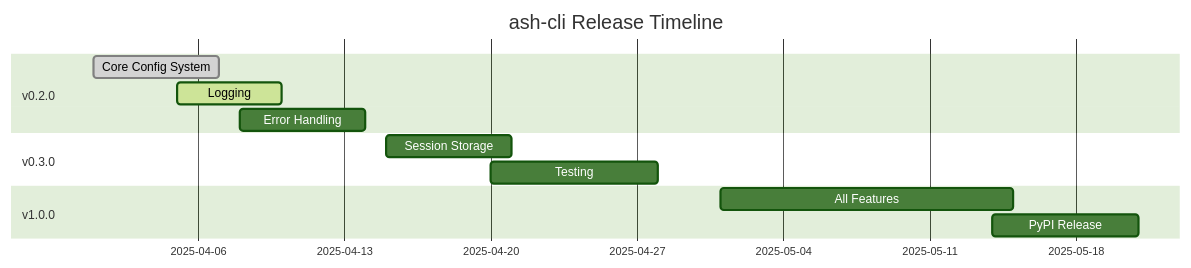
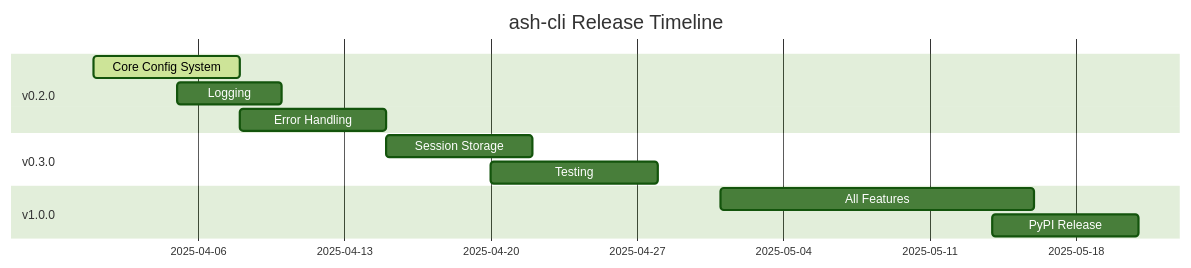
The eighth of 8 diagrams in ROADMAP.md (Miguel-EpicJS/ash-cli), drawn with Mermaid (forest theme) before and after one commit. The commit also changed other lines of this file, not shown here.

Commit message:
Fix Mermaid syntax errors in roadmap diagrams

````diff
--- a/ROADMAP.md
+++ b/ROADMAP.md
@@ -291,18 +295,18 @@
 ```mermaid
 gantt
     title ash-cli Release Timeline
     dateFormat  YYYY-MM-DD
     
     section v0.2.0
-    Core Config System       :done,    des1, 2025-04-01, 2025-04-07
-    Logging               :active,  des2, 2025-04-05, 2025-04-10
-    Error Handling        :         des3, 2025-04-08, 2025-04-14
+    Core Config System       :active, 2025-04-01, 7d
+    Logging                 :2025-04-05, 5d
+    Error Handling          :2025-04-08, 7d
     
     section v0.3.0
-    Session Storage        :         des4, 2025-04-15, 2025-04-21
-    Testing              :         des5, 2025-04-20, 2025-04-28
+    Session Storage         :2025-04-15, 7d
+    Testing                 :2025-04-20, 8d
     
     section v1.0.0
-    All Features         :         des6, 2025-05-01, 2025-05-15
-    PyPI Release         :         des7, 2025-05-14, 2025-05-21
+    All Features            :2025-05-01, 15d
+    PyPI Release            :2025-05-14, 7d
 ```
````
